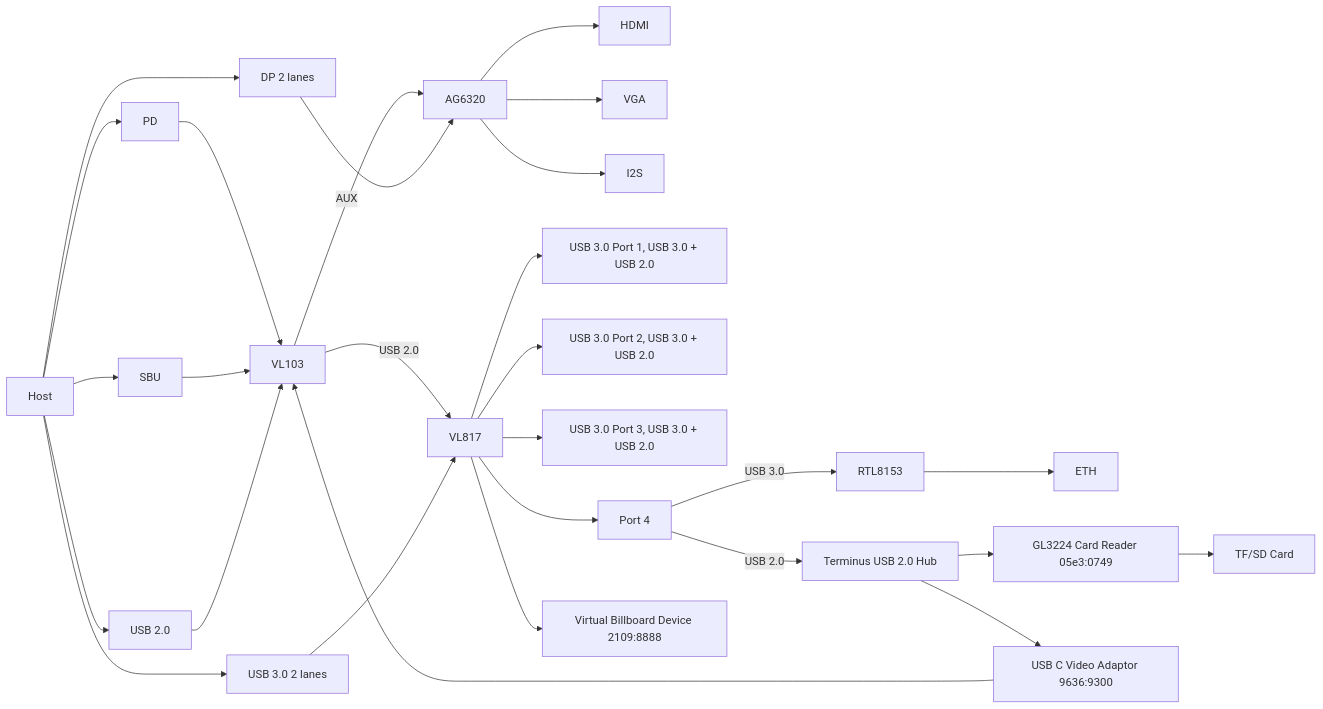
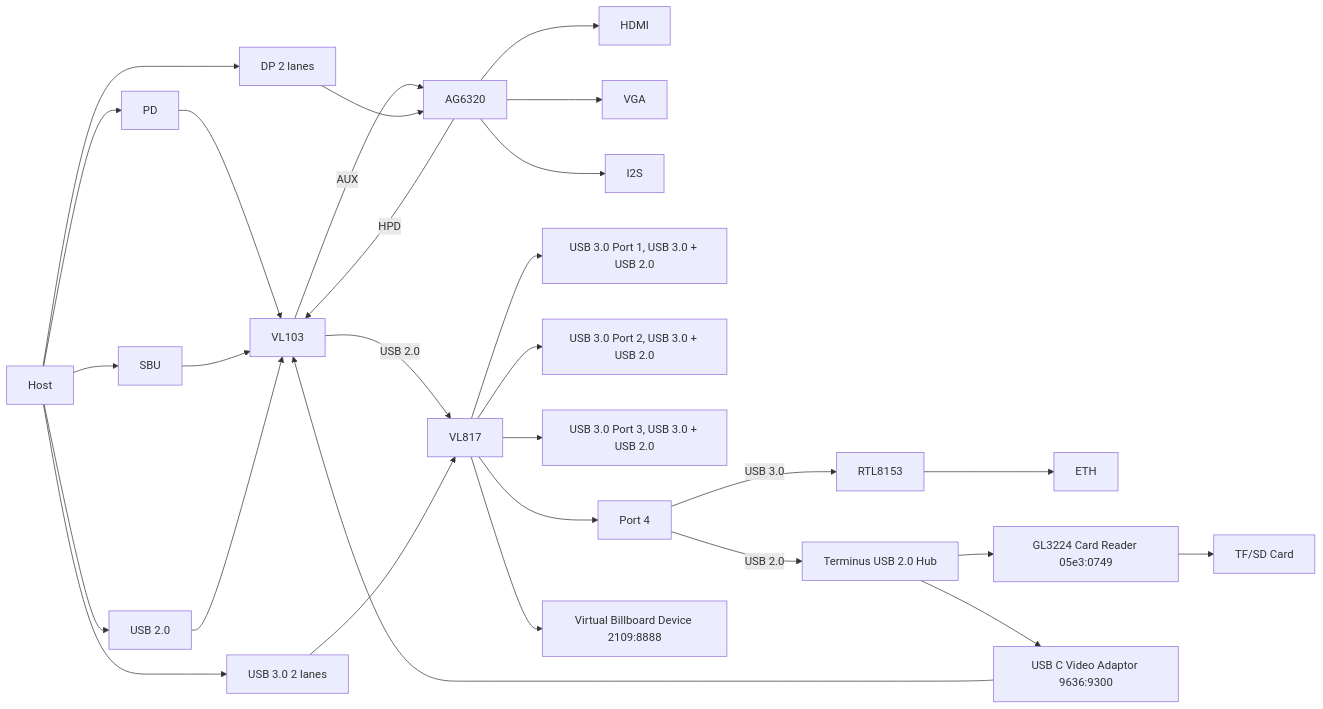
The fourth of 4 diagrams in docs/blog/posts/hardware/type-c-dongle-analysis.md (jiegec/blog-source), drawn with Mermaid before and after one commit. The commit also changed other lines of this file, not shown here.

Commit message:
Mention HPD

````diff
--- a/docs/blog/posts/hardware/type-c-dongle-analysis.md
+++ b/docs/blog/posts/hardware/type-c-dongle-analysis.md
@@ -146,21 +146,22 @@
 ```mermaid
 flowchart LR
     Host --> PD --> VL103
     Host --> SBU --> VL103 -->|AUX| AG6320
+    AG6320 -->|HPD| VL103
     Host --> USB2[USB 2.0] --> VL103 -->|USB 2.0| VL817
     Host --> USB3[USB 3.0 2 lanes] --> VL817
     Host --> DP[DP 2 lanes] --> AG6320 --> HDMI
     AG6320 --> VGA
     AG6320 --> I2S
 
     VL817 --> Port1[USB 3.0 Port 1, USB 3.0 + USB 2.0]
     VL817 --> Port2[USB 3.0 Port 2, USB 3.0 + USB 2.0]
     VL817 --> Port3[USB 3.0 Port 3, USB 3.0 + USB 2.0]
     VL817 --> Port4[Port 4]
     Port4 -->|USB 3.0| RTL8153 --> ETH
     Port4 -->|USB 2.0| Terminus[Terminus USB 2.0 Hub]
     VL817 --> Billboard[Virtual Billboard Device 2109:8888]
     Terminus --> GL3224[GL3224 Card Reader 05e3:0749] --> TFSD[TF/SD Card]
     Terminus --> Adaptor[USB C Video Adaptor 9636:9300]
     Adaptor --> VL103
 ```
````
